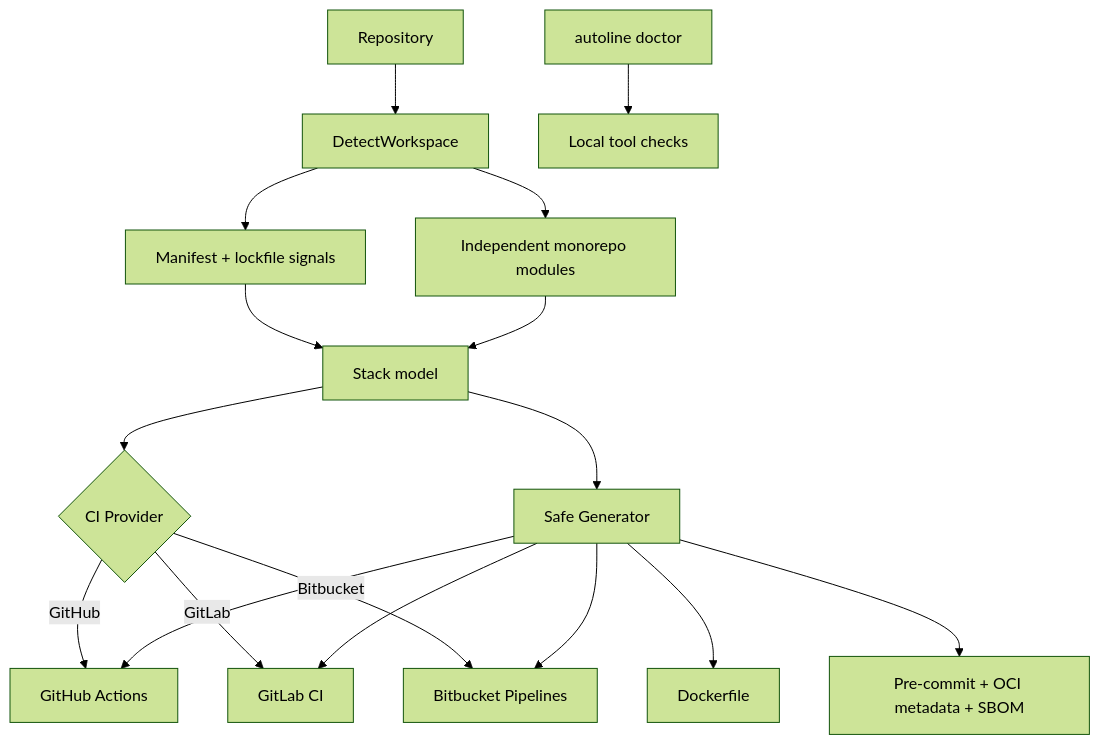
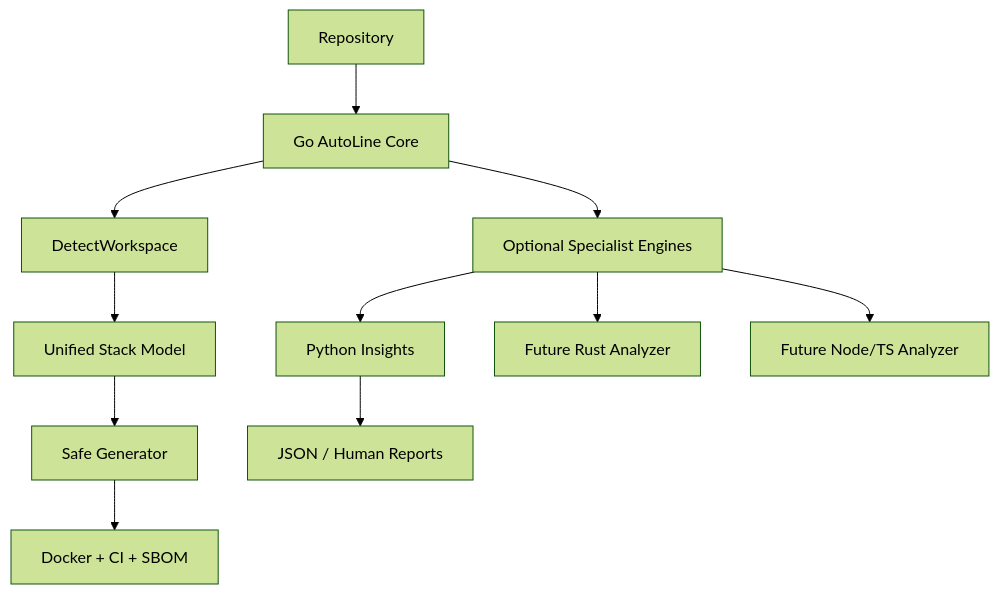
One commit to hunterkritik-byte/autoline-cli changed the diagram in README.md. Above: the diagram before and after it, drawn with Mermaid (forest theme). The commit also changed other lines of this file, not shown here.

Commit message:
docs: document polyglot insights workflow

````diff
--- a/README.md
+++ b/README.md
@@ -106,19 +116,13 @@
 ```mermaid
 flowchart TD
-    A[Repository] --> B[DetectWorkspace]
-    B --> C[Manifest + lockfile signals]
-    B --> D[Independent monorepo modules]
-    C --> E[Stack model]
-    D --> E
-    E --> F{CI Provider}
-    F -->|GitHub| G[GitHub Actions]
-    F -->|GitLab| H[GitLab CI]
-    F -->|Bitbucket| I[Bitbucket Pipelines]
-    E --> J[Safe Generator]
-    J --> K[Dockerfile]
-    J --> G
-    J --> H
-    J --> I
-    J --> L[Pre-commit + OCI metadata + SBOM]
-    M[autoline doctor] --> N[Local tool checks]
+    A[Repository] --> B[Go AutoLine Core]
+    B --> C[DetectWorkspace]
+    C --> D[Unified Stack Model]
+    D --> E[Safe Generator]
+    E --> F[Docker + CI + SBOM]
+    B --> G[Optional Specialist Engines]
+    G --> H[Python Insights]
+    G --> I[Future Rust Analyzer]
+    G --> J[Future Node/TS Analyzer]
+    H --> K[JSON / Human Reports]
 ```
````
